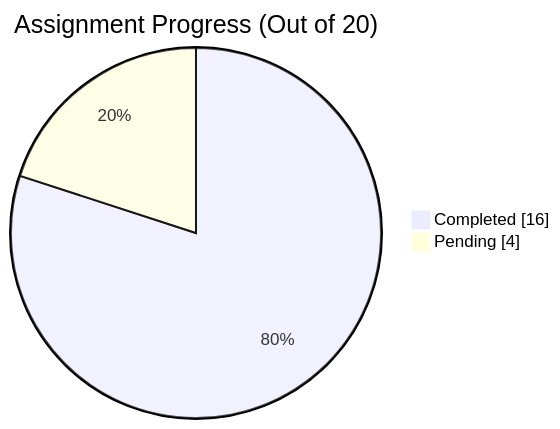
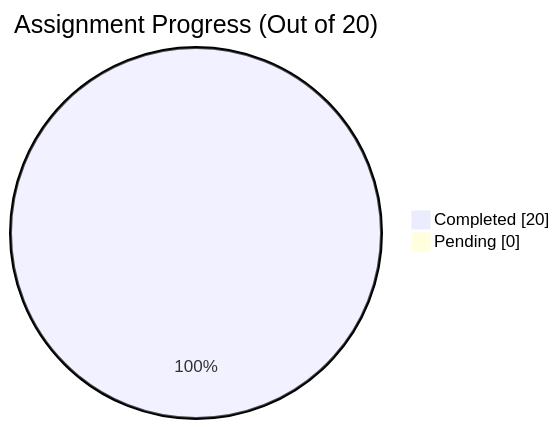
Before and after one commit to Neerajkumar151/Assignments: the diagram in README.md, drawn with Mermaid. The commit also changed other lines of this file, not shown here.

````diff
--- a/README.md
+++ b/README.md
@@ -27,6 +27,6 @@
 ```mermaid
 pie showData
   title Assignment Progress (Out of 20)
-  "Completed" : 16
-  "Pending" : 4
+  "Completed" : 20
+  "Pending" : 0
 ```
````
